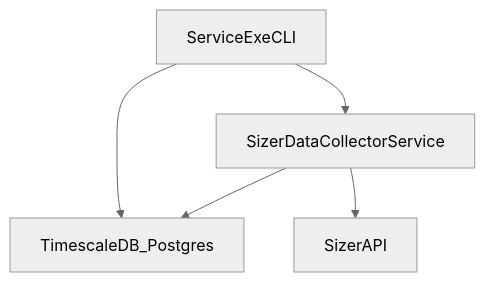
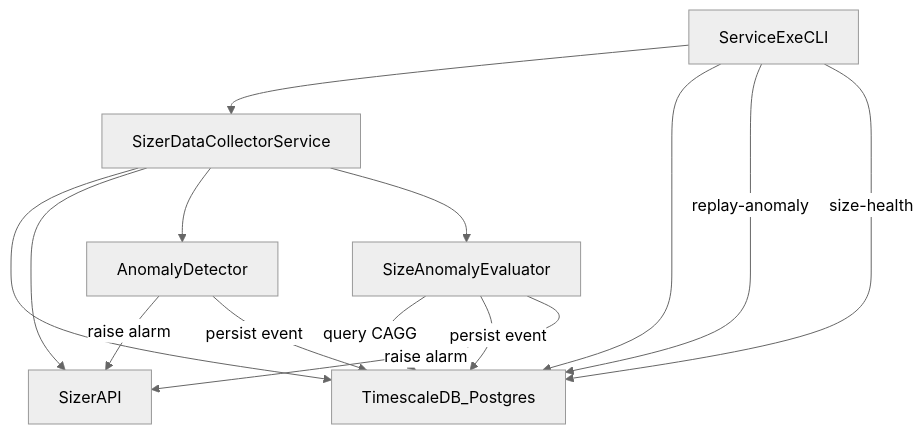
The first of 3 diagrams in AI_AGENT_GUIDE.md (ROYBOTNIK/SizerDataCollector), drawn with Mermaid (neutral theme) before and after one commit. The commit also changed other lines of this file and 29 other files, not shown here.

````diff
--- a/AI_AGENT_GUIDE.md
+++ b/AI_AGENT_GUIDE.md
@@ -32,7 +33,16 @@
 ```mermaid
 flowchart TD
   cli[ServiceExeCLI] --> serviceProc[SizerDataCollectorService]
   cli --> db[TimescaleDB_Postgres]
   serviceProc --> db
   serviceProc --> sizerApi[SizerAPI]
+  serviceProc --> anomaly[AnomalyDetector]
+  anomaly -->|raise alarm| sizerApi
+  anomaly -->|persist event| db
+  serviceProc --> sizeEval[SizeAnomalyEvaluator]
+  sizeEval -->|query CAGG| db
+  sizeEval -->|persist event| db
+  sizeEval -->|raise alarm| sizerApi
+  cli -->|replay-anomaly| db
+  cli -->|size-health| db
 ```
````
